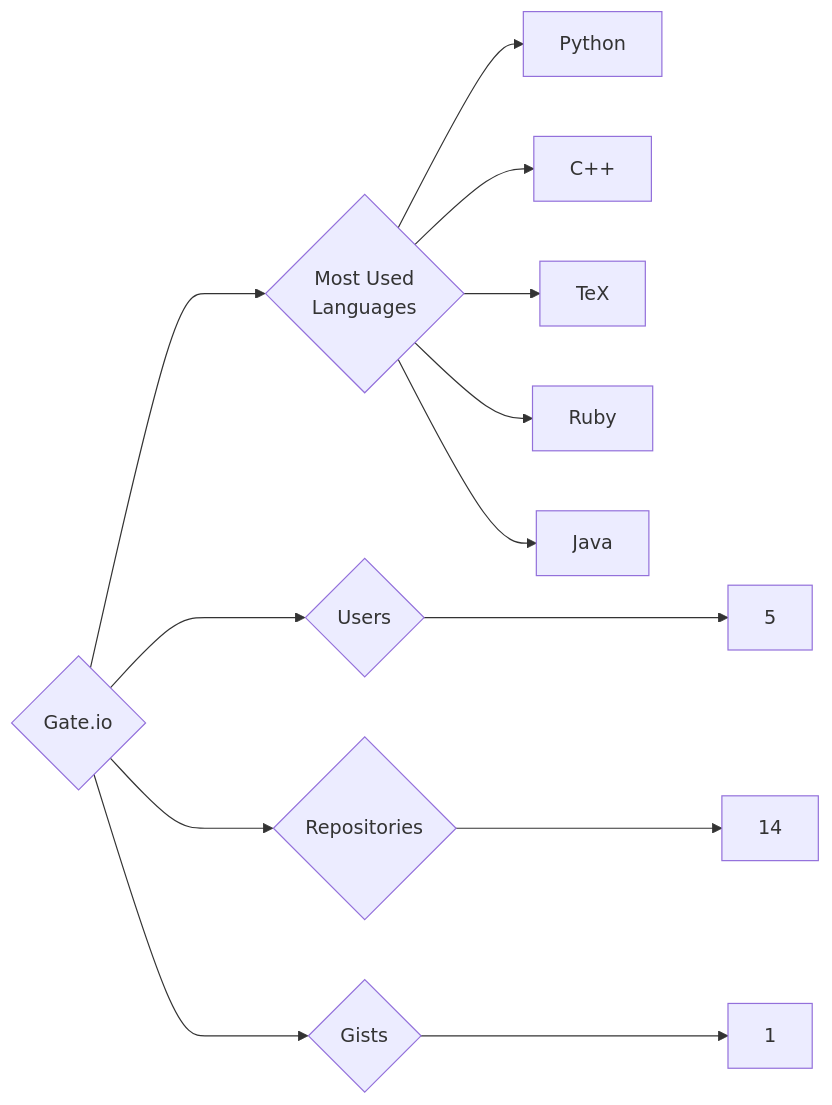
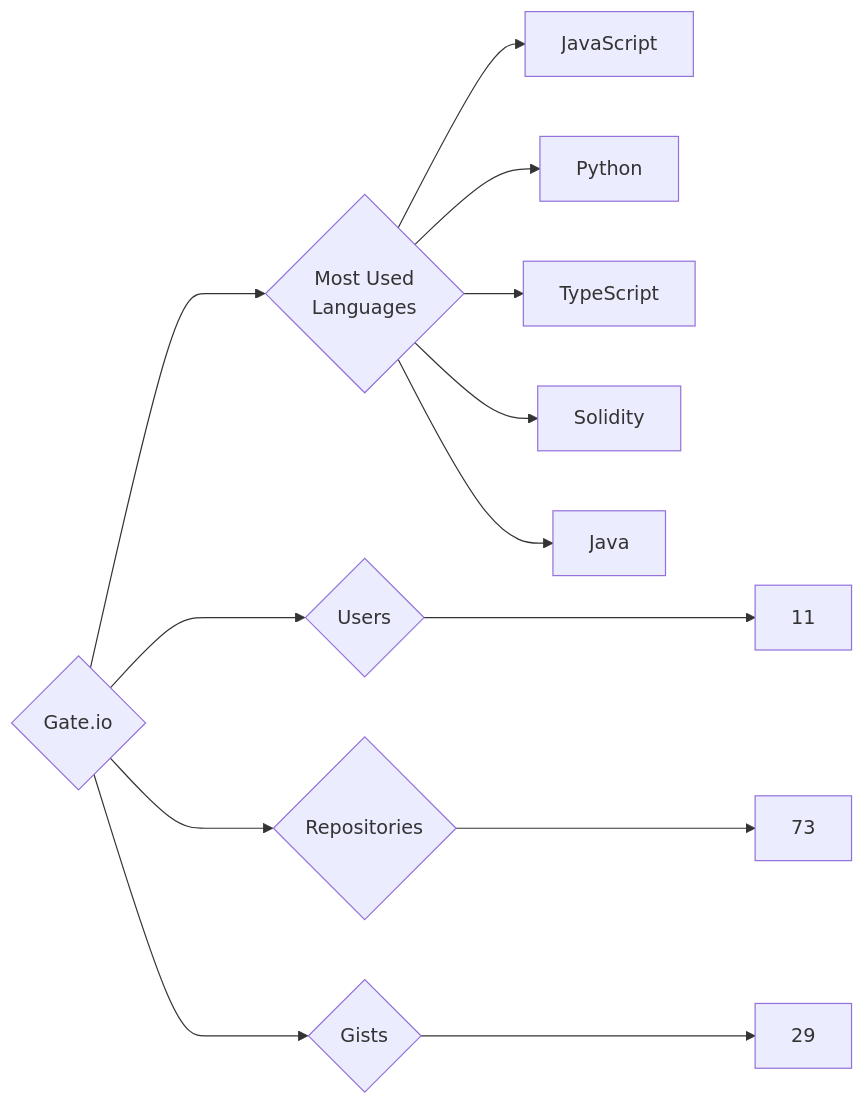
Before and after one commit to trickest/insiders: the diagram in targets/Gate.io/README.md, drawn with Mermaid. The commit also changed 1123 other files, not shown here.

````diff
--- a/targets/Gate.io/README.md
+++ b/targets/Gate.io/README.md
@@ -3,13 +3,13 @@
 ```mermaid
 graph LR
 COMPANY_NAME{Gate.io}
-COMPANY_NAME ---> U{Users} ---> UN[5]
-COMPANY_NAME ---> R{Repositories} ---> RN[14]
-COMPANY_NAME ---> G{Gists} ---> GN[1]
+COMPANY_NAME ---> U{Users} ---> UN[11]
+COMPANY_NAME ---> R{Repositories} ---> RN[73]
+COMPANY_NAME ---> G{Gists} ---> GN[29]
 COMPANY_NAME ---> ML{Most Used<br>Languages}
+ML --> JavaScript[JavaScript]
 ML --> Python[Python]
-ML --> C++[C++]
-ML --> TeX[TeX]
-ML --> Ruby[Ruby]
+ML --> TypeScript[TypeScript]
+ML --> Solidity[Solidity]
 ML --> Java[Java]
 ```
````
